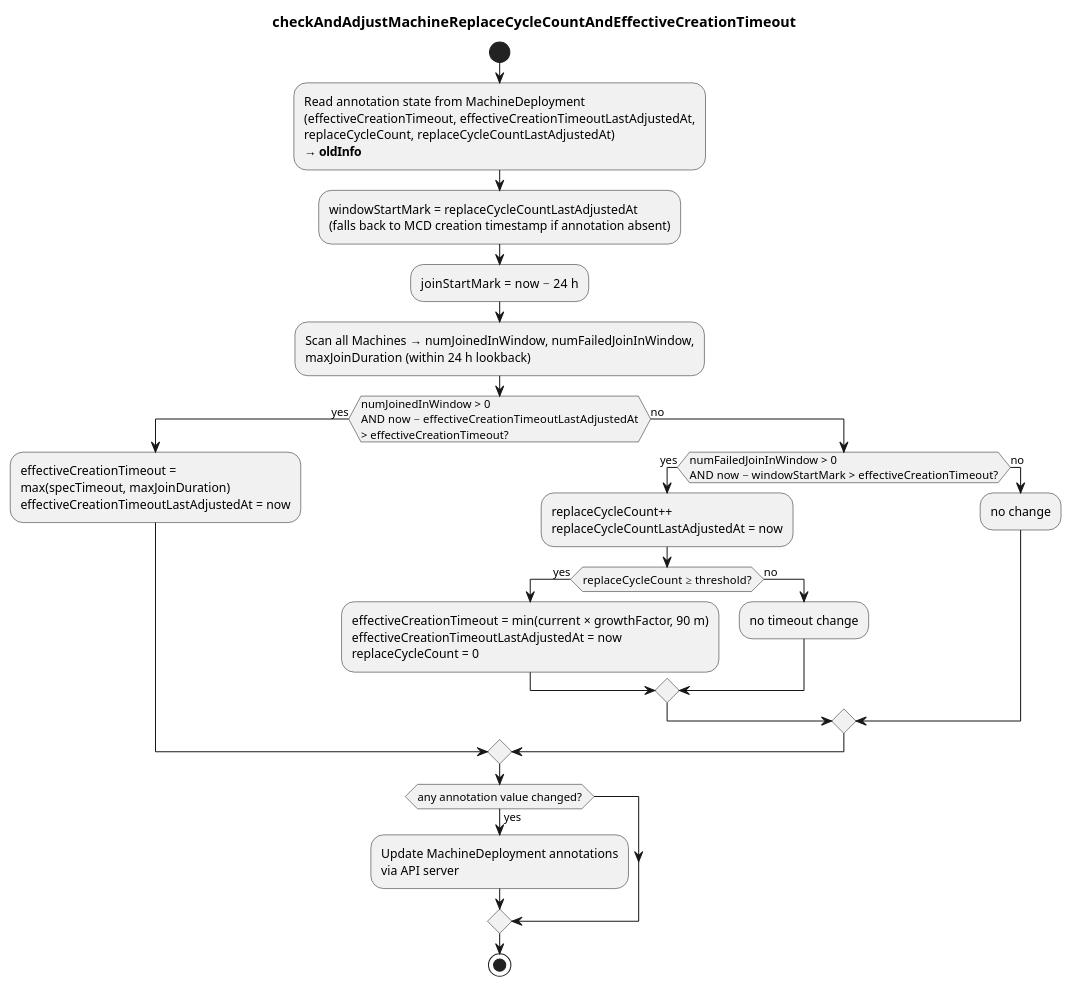
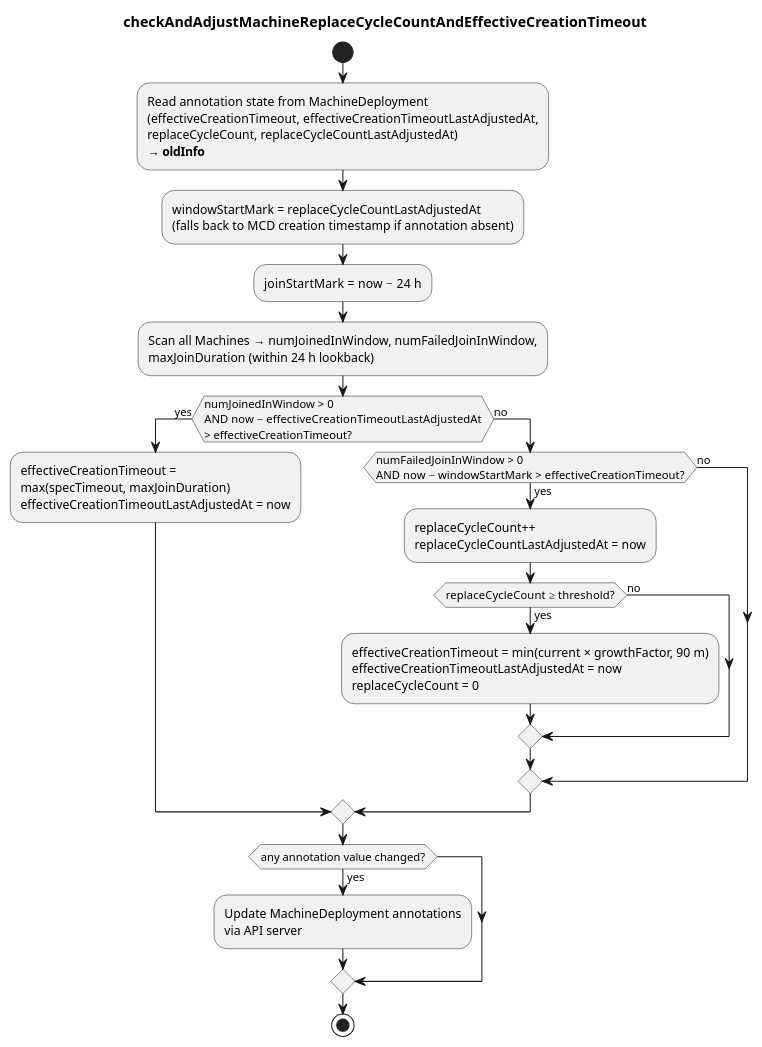
One commit to gardener/machine-controller-manager changed the diagram in docs/images/adjust-effective-creation-timeout.puml. Above: the diagram before and after it, drawn with PlantUML. The commit also changed 4 other files, not shown here.

Commit message:
flow diagram: removed redundant activity junction

```diff
--- a/docs/images/adjust-effective-creation-timeout.puml
+++ b/docs/images/adjust-effective-creation-timeout.puml
@@ -1,33 +1,31 @@
 @startuml
 title checkAndAdjustMachineReplaceCycleCountAndEffectiveCreationTimeout
 
 start
 
 :Read annotation state from MachineDeployment\n(effectiveCreationTimeout, effectiveCreationTimeoutLastAdjustedAt,\nreplaceCycleCount, replaceCycleCountLastAdjustedAt)\n**→ oldInfo**;
 
 :windowStartMark = replaceCycleCountLastAdjustedAt\n(falls back to MCD creation timestamp if annotation absent);
 :joinStartMark = now − 24 h;
 :Scan all Machines → numJoinedInWindow, numFailedJoinInWindow,\nmaxJoinDuration (within 24 h lookback);
 
 if (numJoinedInWindow > 0\nAND now − effectiveCreationTimeoutLastAdjustedAt\n> effectiveCreationTimeout?) then (yes)
   :effectiveCreationTimeout =\nmax(specTimeout, maxJoinDuration)\neffectiveCreationTimeoutLastAdjustedAt = now;
 else (no)
   if (numFailedJoinInWindow > 0\nAND now − windowStartMark > effectiveCreationTimeout?) then (yes)
     :replaceCycleCount++\nreplaceCycleCountLastAdjustedAt = now;
     if (replaceCycleCount ≥ threshold?) then (yes)
       :effectiveCreationTimeout = min(current × growthFactor, 90 m)\neffectiveCreationTimeoutLastAdjustedAt = now\nreplaceCycleCount = 0;
     else (no)
-      :no timeout change;
     endif
   else (no)
-    :no change;
   endif
 endif
 
 if (any annotation value changed?) then (yes)
   :Update MachineDeployment annotations\nvia API server;
 endif
 
 stop
 
 @enduml
```
